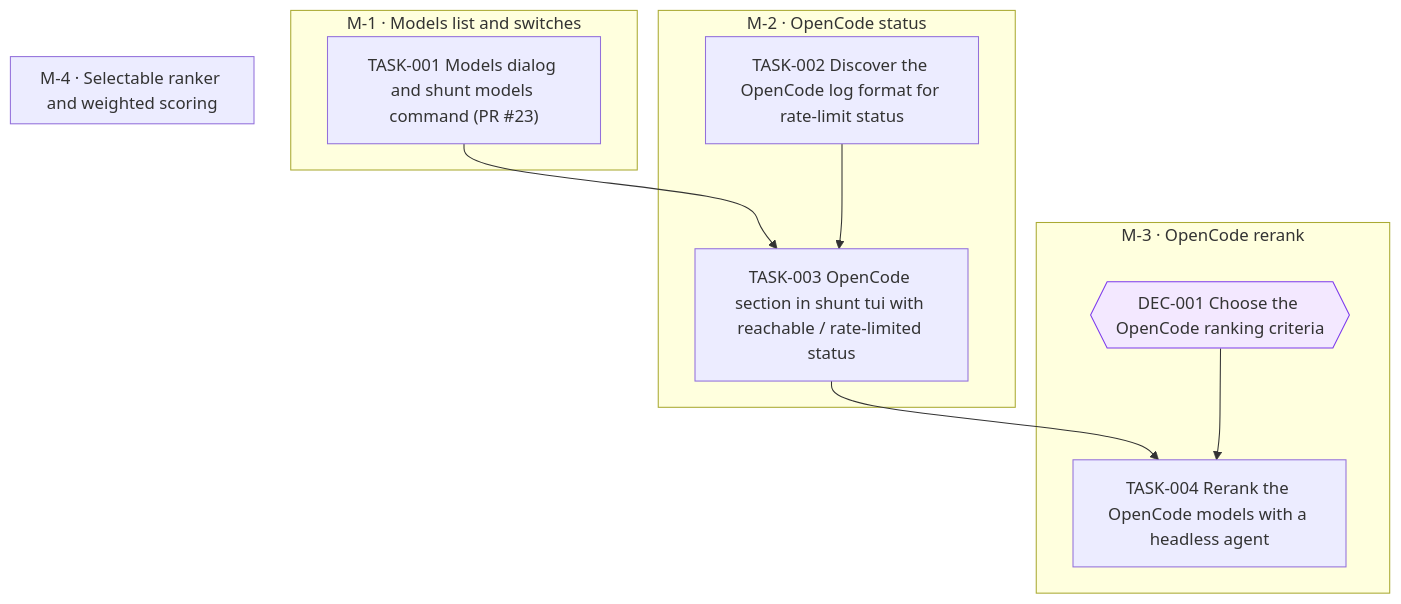
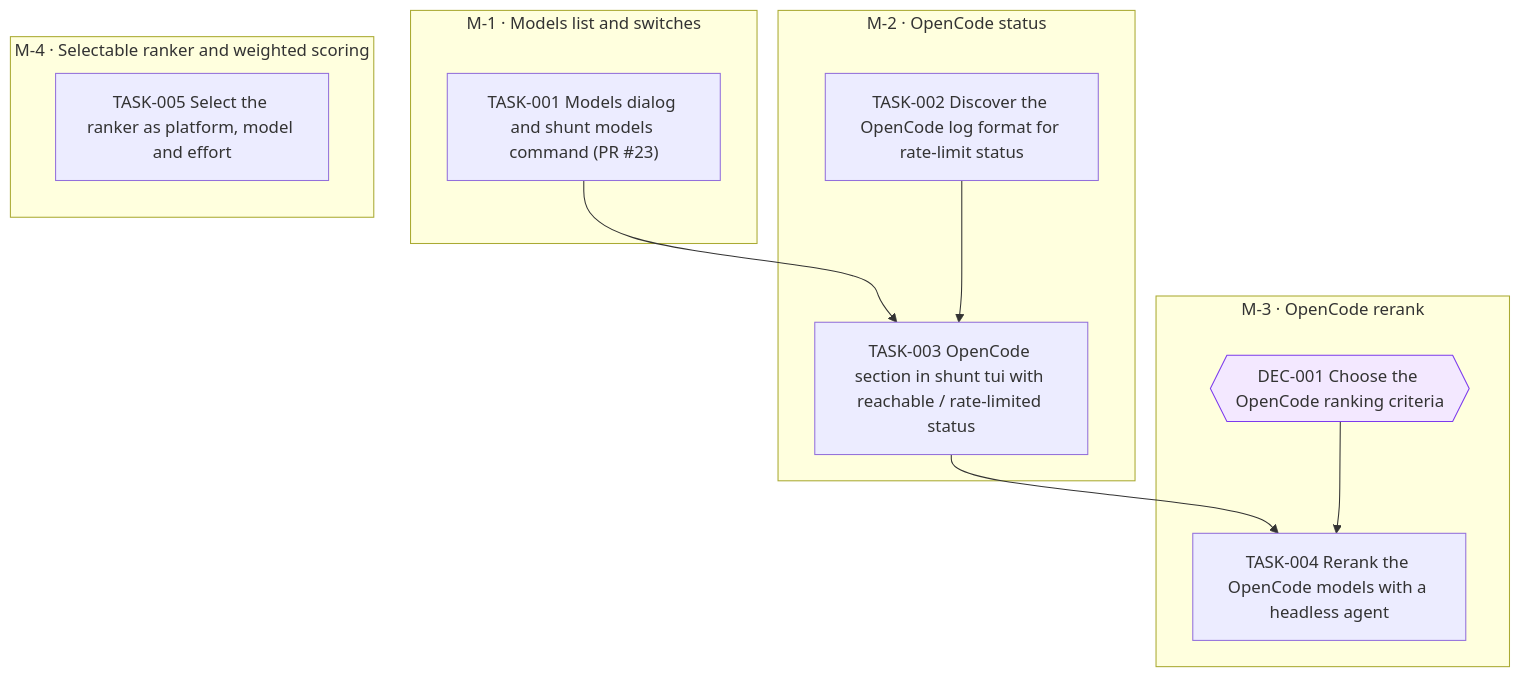
Before and after one commit to jesusvillota/shunt: the diagram in goals/model-filter/README.md, drawn with Mermaid. The commit also changed 1 other file, not shown here.

Commit message:
goal(model-filter): add TASK-005 Select the ranker as platform, model and effort

````diff
--- a/goals/model-filter/README.md
+++ b/goals/model-filter/README.md
@@ -48,24 +48,25 @@
 ```mermaid
 flowchart TD
   subgraph M_1["M-1 · Models list and switches"]
     TASK_001["TASK-001 Models dialog and shunt models command (PR #23)"]
   end
   subgraph M_2["M-2 · OpenCode status"]
     TASK_002["TASK-002 Discover the OpenCode log format for rate-limit status"]
     TASK_003["TASK-003 OpenCode section in shunt tui with reachable / rate-limited status"]
   end
   subgraph M_3["M-3 · OpenCode rerank"]
     DEC_001{{"DEC-001 Choose the OpenCode ranking criteria"}}
     TASK_004["TASK-004 Rerank the OpenCode models with a headless agent"]
   end
   subgraph M_4["M-4 · Selectable ranker and weighted scoring"]
+    TASK_005["TASK-005 Select the ranker as platform, model and effort"]
   end
   TASK_001 --> TASK_003
   TASK_002 --> TASK_003
   TASK_003 --> TASK_004
   DEC_001 --> TASK_004
   classDef draft stroke-dasharray: 4 3
   classDef cancelled opacity:0.45
   classDef decision fill:#f3e8ff,stroke:#7c3aed
   class DEC_001 decision
 ```
````
